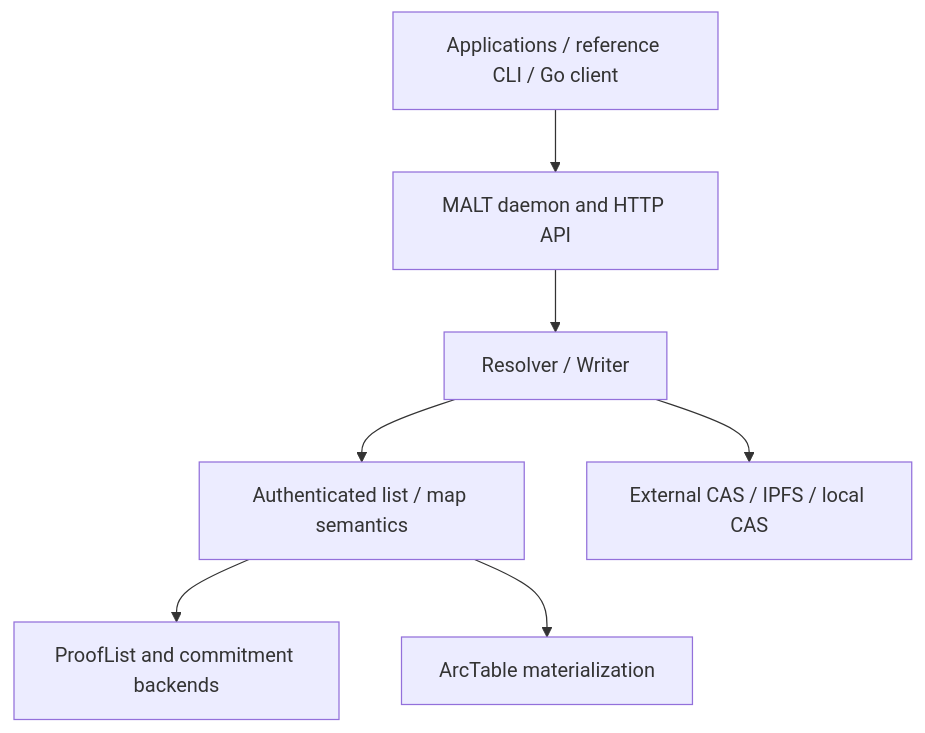
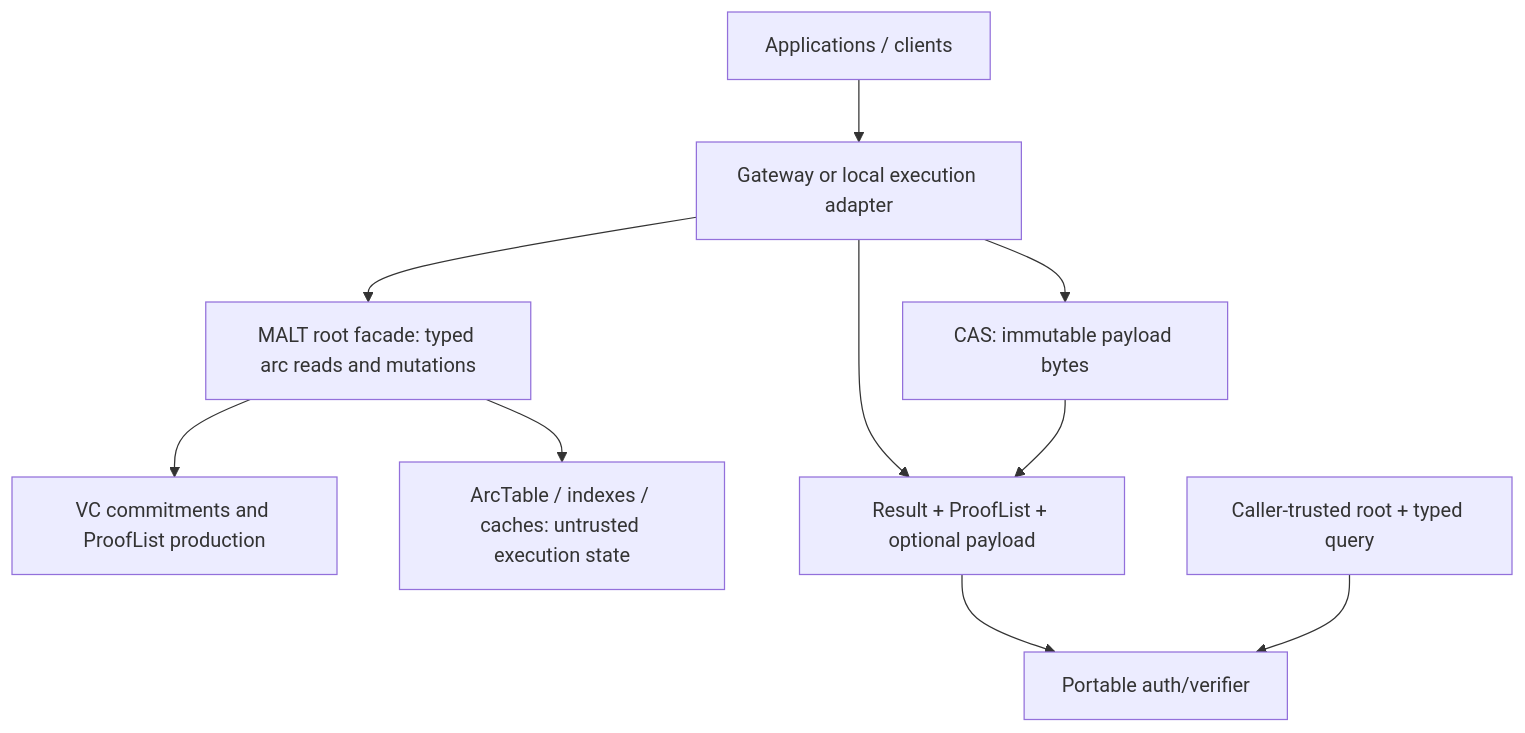
The first of 2 diagrams in profile/README.md (DeWebProtocol/.github), drawn with Mermaid before and after one commit. The commit also changed other lines of this file and 4 other files, not shown here.

````diff
--- a/profile/README.md
+++ b/profile/README.md
@@ -71,9 +84,12 @@
 ```mermaid
 flowchart TB
-  app["Applications / reference CLI / Go client"] --> api["MALT daemon and HTTP API"]
-  api --> rw["Resolver / Writer"]
-  rw --> semantics["Authenticated list / map semantics"]
-  semantics --> proofs["ProofList and commitment backends"]
-  semantics --> arctable["ArcTable materialization"]
-  rw --> cas["External CAS / IPFS / local CAS"]
+  app["Applications / clients"] --> gateway["Gateway or local execution adapter"]
+  gateway --> core["MALT root facade: typed arc reads and mutations"]
+  gateway --> cas["CAS: immutable payload bytes"]
+  core --> vc["VC commitments and ProofList production"]
+  core --> materialized["ArcTable / indexes / caches: untrusted execution state"]
+  gateway --> response["Result + ProofList + optional payload"]
+  cas --> response
+  response --> verifier["Portable auth/verifier"]
+  root["Caller-trusted root + typed query"] --> verifier
 ```
````
